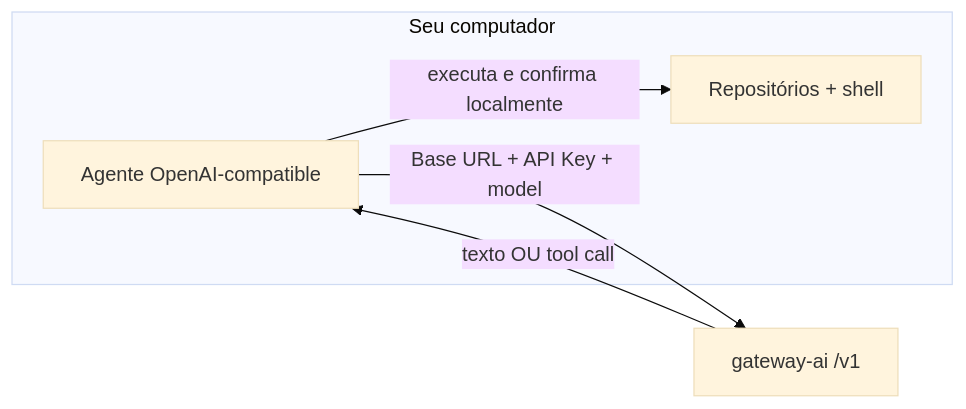
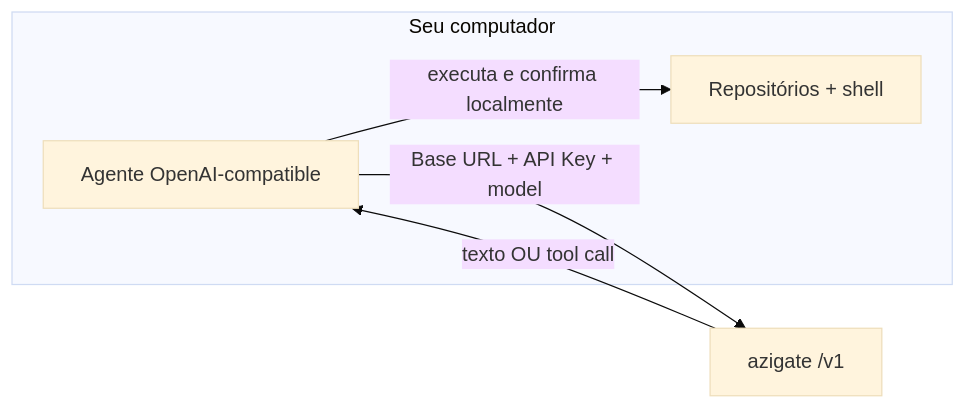
Before and after one commit to Picolino66/azigate: the diagram in docs/operations/openai-compatible-agents.md, drawn with Mermaid (base theme). The commit also changed other lines of this file and 29 other files, not shown here.

First line of the commit message:
refactor: rename gateway-ai to azigate across the project

````diff
--- a/docs/operations/openai-compatible-agents.md
+++ b/docs/operations/openai-compatible-agents.md
@@ -13,12 +13,12 @@
 ```mermaid
 flowchart LR
     subgraph Cliente["Seu computador"]
         Ag["Agente OpenAI-compatible"]
         Repo["Repositórios + shell"]
     end
-    Gw["gateway-ai /v1"]
+    Gw["azigate /v1"]
 
     Ag -- "Base URL + API Key + model" --> Gw
     Gw -- "texto OU tool call" --> Ag
     Ag -- "executa e confirma localmente" --> Repo
 ```
````
